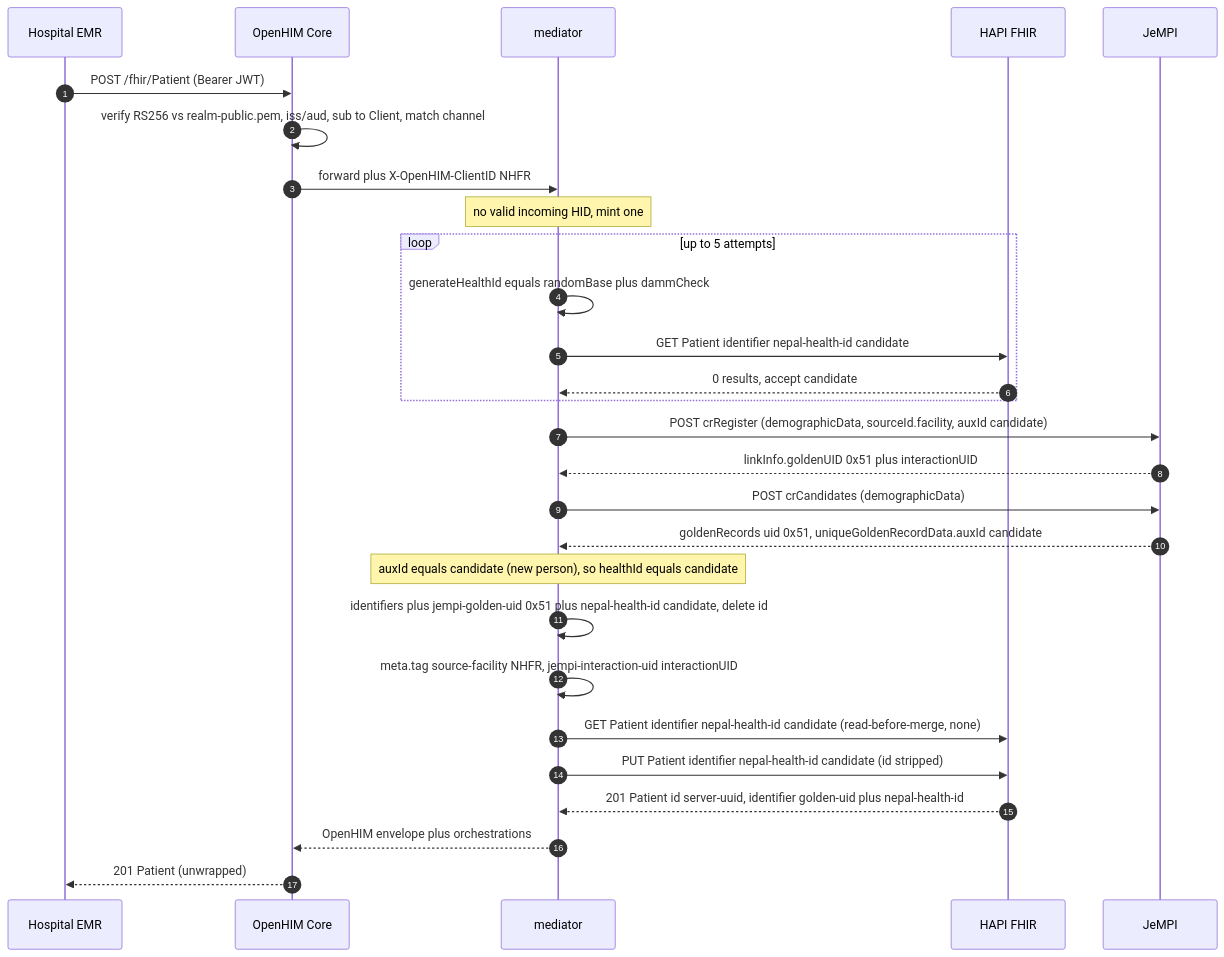
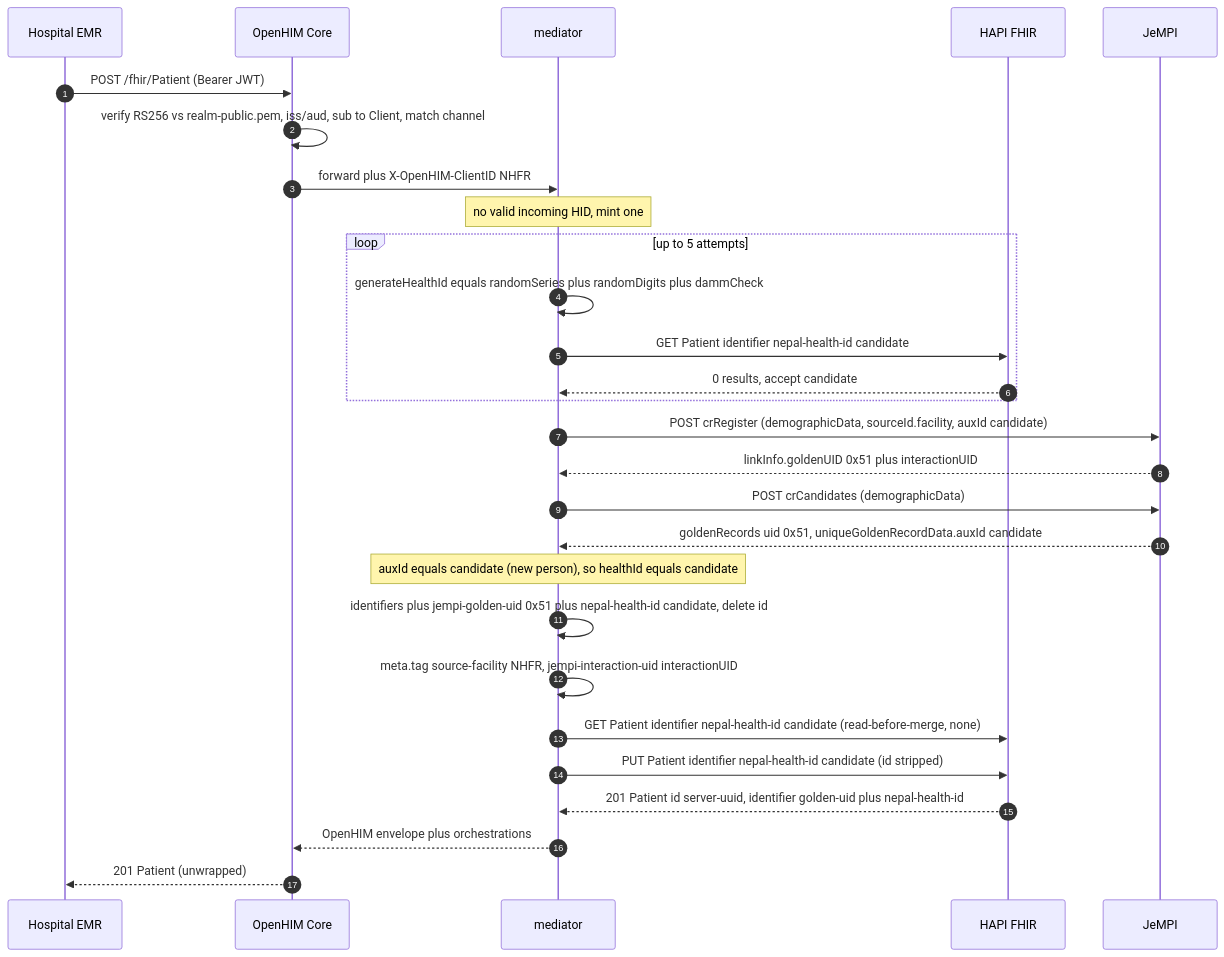
One commit to ETech-Nepal/openhim changed the second of 6 diagrams in HID-GENERATION-FLOW.md. Above: the diagram before and after it, drawn with Mermaid. The commit also changed other lines of this file and 1 other file, not shown here.

````diff
--- a/HID-GENERATION-FLOW.md
+++ b/HID-GENERATION-FLOW.md
@@ -95,31 +95,31 @@
 ```mermaid
 sequenceDiagram
  autonumber
  participant EMR as Hospital EMR
  participant HIM as OpenHIM Core
  participant MED as mediator
  participant HAPI as HAPI FHIR
  participant JEMPI as JeMPI
 
  EMR->>HIM: POST /fhir/Patient (Bearer JWT)
  HIM->>HIM: verify RS256 vs realm-public.pem, iss/aud, sub to Client, match channel
  HIM->>MED: forward plus X-OpenHIM-ClientID NHFR
  Note over MED: no valid incoming HID, mint one
  loop up to 5 attempts
- MED->>MED: generateHealthId equals randomBase plus dammCheck
+ MED->>MED: generateHealthId equals randomSeries plus randomDigits plus dammCheck
  MED->>HAPI: GET Patient identifier nepal-health-id candidate
  HAPI-->>MED: 0 results, accept candidate
  end
  MED->>JEMPI: POST crRegister (demographicData, sourceId.facility, auxId candidate)
  JEMPI-->>MED: linkInfo.goldenUID 0x51 plus interactionUID
  MED->>JEMPI: POST crCandidates (demographicData)
  JEMPI-->>MED: goldenRecords uid 0x51, uniqueGoldenRecordData.auxId candidate
  Note over MED: auxId equals candidate (new person), so healthId equals candidate
  MED->>MED: identifiers plus jempi-golden-uid 0x51 plus nepal-health-id candidate, delete id
  MED->>MED: meta.tag source-facility NHFR, jempi-interaction-uid interactionUID
  MED->>HAPI: GET Patient identifier nepal-health-id candidate (read-before-merge, none)
  MED->>HAPI: PUT Patient identifier nepal-health-id candidate (id stripped)
  HAPI-->>MED: 201 Patient id server-uuid, identifier golden-uid plus nepal-health-id
  MED-->>HIM: OpenHIM envelope plus orchestrations
  HIM-->>EMR: 201 Patient (unwrapped)
 ```
````
